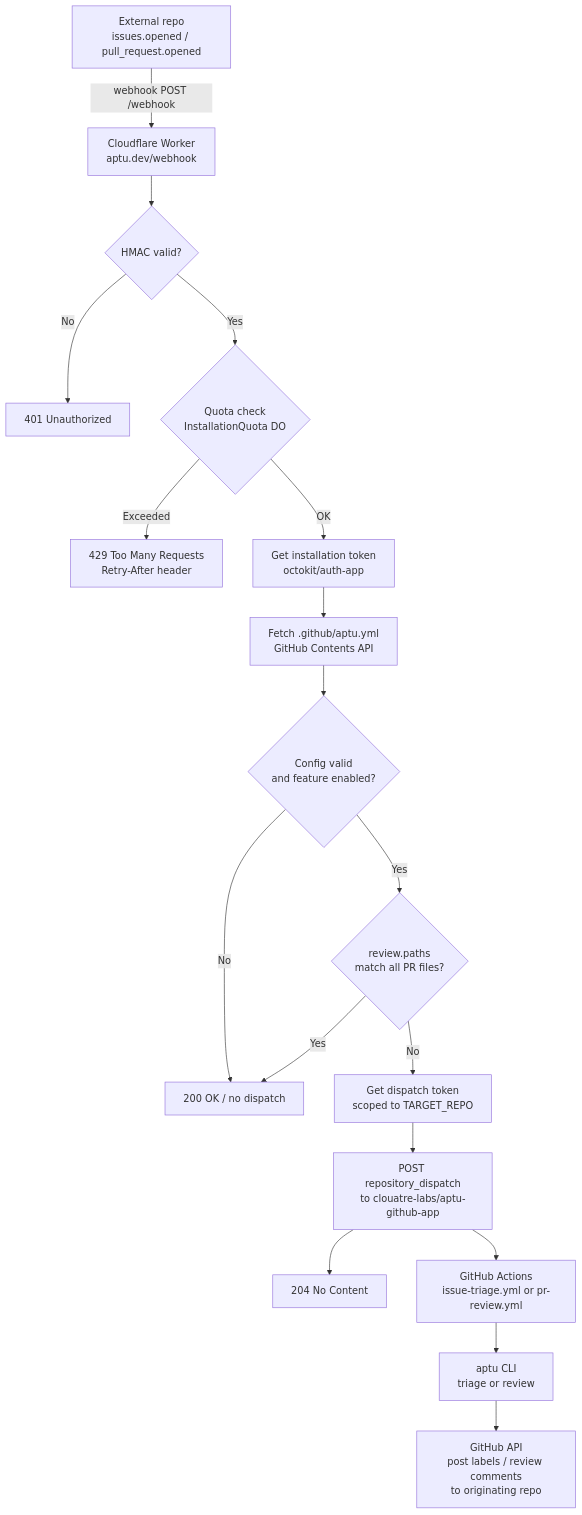
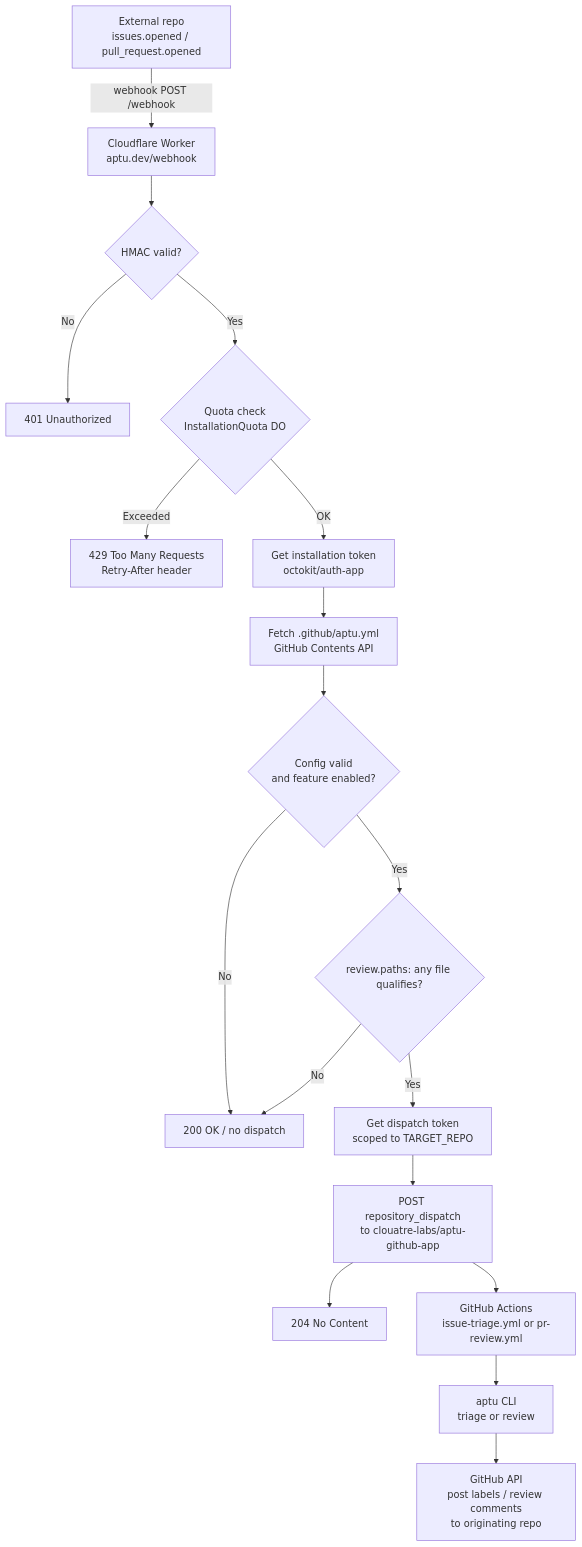
One commit to clouatre-labs/aptu-github-app changed the first of 2 diagrams in docs/ARCHITECTURE.md. Above: the diagram before and after it, drawn with Mermaid. The commit also changed 5 other files, not shown here.

````diff
--- a/docs/ARCHITECTURE.md
+++ b/docs/ARCHITECTURE.md
@@ -83,20 +83,20 @@
 ```mermaid
 graph TD
     A["External repo<br/>issues.opened / pull_request.opened"] -->|"webhook POST /webhook"| B["Cloudflare Worker<br/>aptu.dev/webhook"]
     B --> C{"HMAC valid?"}
     C -->|No| D["401 Unauthorized"]
     C -->|Yes| E{"Quota check<br/>InstallationQuota DO"}
     E -->|Exceeded| F["429 Too Many Requests<br/>Retry-After header"]
     E -->|OK| G["Get installation token<br/>octokit/auth-app"]
     G --> H["Fetch .github/aptu.yml<br/>GitHub Contents API"]
     H --> I{"Config valid<br/>and feature enabled?"}
     I -->|No| J["200 OK / no dispatch"]
-    I -->|Yes| K{"review.paths<br/>match all PR files?"}
-    K -->|Yes| J
-    K -->|No| L["Get dispatch token<br/>scoped to TARGET_REPO"]
+    I -->|Yes| K{"review.paths: any file qualifies?"}
+    K -->|No| J
+    K -->|Yes| L["Get dispatch token<br/>scoped to TARGET_REPO"]
     L --> M["POST repository_dispatch<br/>to clouatre-labs/aptu-github-app"]
     M --> N["204 No Content"]
     M --> O["GitHub Actions<br/>issue-triage.yml or pr-review.yml"]
     O --> P["aptu CLI<br/>triage or review"]
     P --> Q["GitHub API<br/>post labels / review comments<br/>to originating repo"]
 ```
````
